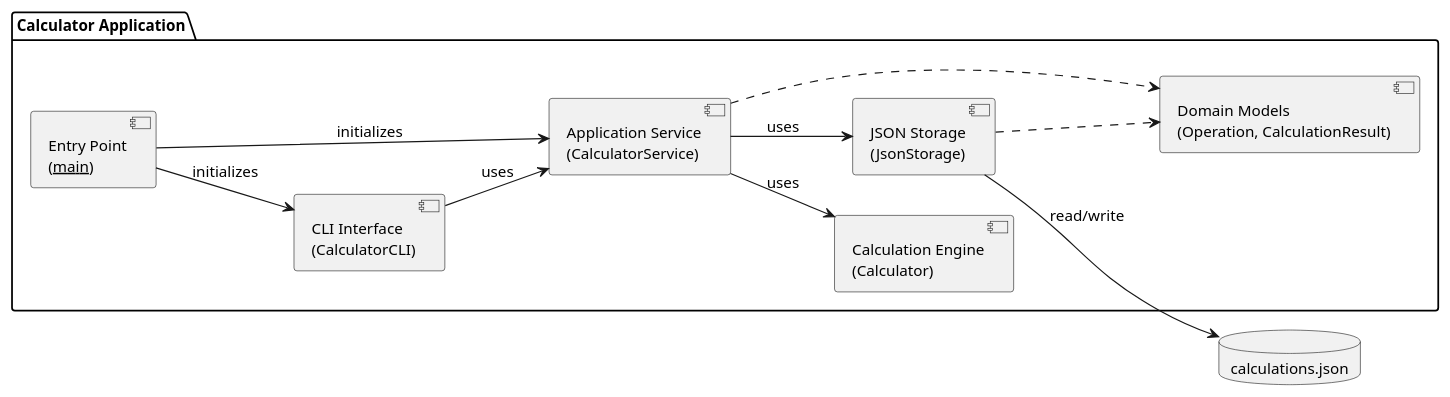
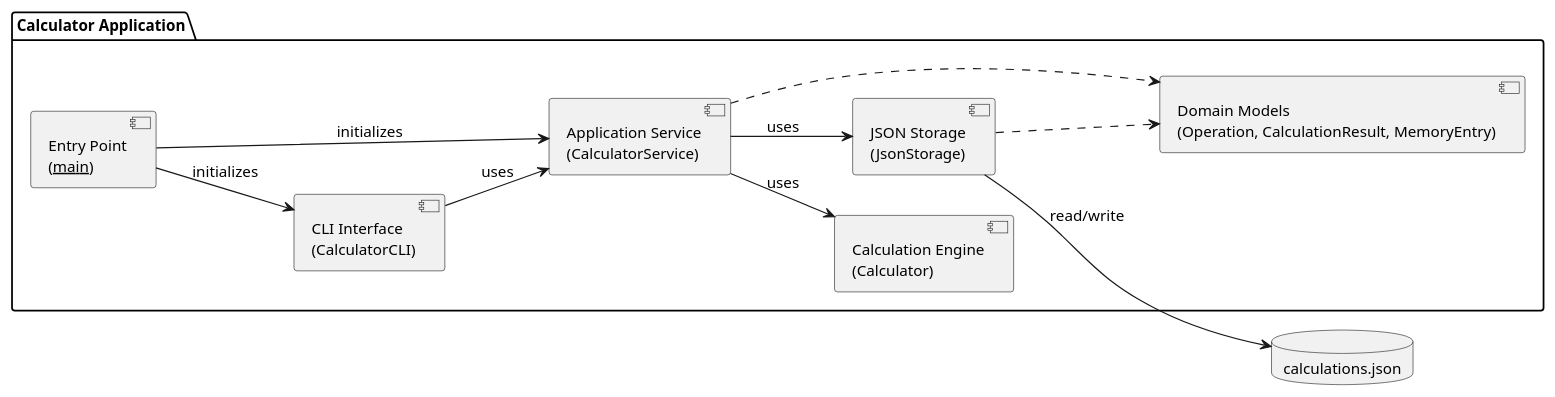
The diagram in experiments/pipeline/structured_text/calculator/artifacts/component_diagram.puml (DanielRiha8906/Software_autoevolution_using_agents), drawn with PlantUML before and after one commit. The commit also changed 6 other files, not shown here.

First line of the commit message:
task 03 | introduce MemoryEntry domain class

```diff
--- a/experiments/pipeline/structured_text/calculator/artifacts/component_diagram.puml
+++ b/experiments/pipeline/structured_text/calculator/artifacts/component_diagram.puml
@@ -1,31 +1,31 @@
 @startuml component_diagram
 
 skinparam componentStyle uml2
 skinparam defaultFontSize 13
 left to right direction
 
 package "Calculator Application" {
 
     component "Entry Point\n(__main__)" as Main
     component "CLI Interface\n(CalculatorCLI)" as CLI
     component "Application Service\n(CalculatorService)" as Service
     component "Calculation Engine\n(Calculator)" as Calc
     component "JSON Storage\n(JsonStorage)" as Store
-    component "Domain Models\n(Operation, CalculationResult)" as Models
+    component "Domain Models\n(Operation, CalculationResult, MemoryEntry)" as Models
 
     Main --> CLI : initializes
     Main --> Service : initializes
 
     CLI --> Service : uses
     Service --> Calc : uses
     Service --> Store : uses
 
     Service ..> Models
     Store ..> Models
 }
 
 database "calculations.json" as DB
 
 Store --> DB : read/write
 
 @enduml
```
